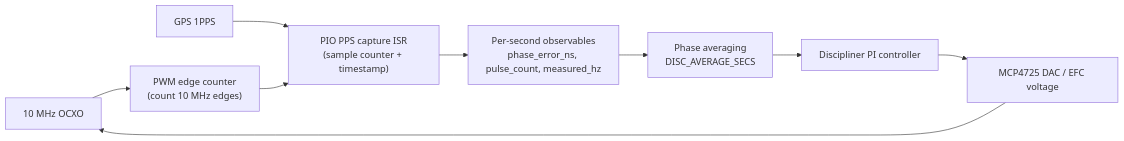
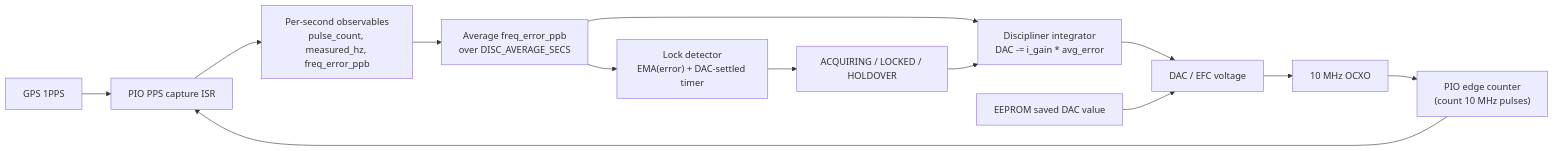
Before and after one commit to rszemeti/Twin-PLL-GPSDO: the diagram in REFERENCE_LOCKING_README.md, drawn with Mermaid. The commit also changed other lines of this file and 1 other file, not shown here.

````diff
--- a/REFERENCE_LOCKING_README.md
+++ b/REFERENCE_LOCKING_README.md
@@ -21,12 +24,18 @@
 ```mermaid
 flowchart LR
-	OCXO["10 MHz OCXO"] --> EDGE["PWM edge counter\n(count 10 MHz edges)"]
-	GPS["GPS 1PPS"] --> PPS["PIO PPS capture ISR\n(sample counter + timestamp)"]
+	GPS["GPS 1PPS"] --> PPS["PIO PPS capture ISR"]
+	OCXO["10 MHz OCXO"] --> EDGE["PIO edge counter\n(count 10 MHz pulses)"]
 	EDGE --> PPS
 
-	PPS --> OBS["Per-second observables\nphase_error_ns, pulse_count, measured_hz"]
-	OBS --> AVG["Phase averaging\nDISC_AVERAGE_SECS"]
-	AVG --> PI["Discipliner PI controller"]
-	PI --> DAC["MCP4725 DAC / EFC voltage"]
+	PPS --> OBS["Per-second observables\npulse_count, measured_hz, freq_error_ppb"]
+	OBS --> AVG["Average freq_error_ppb\nover DISC_AVERAGE_SECS"]
+	AVG --> INT["Discipliner integrator\nDAC -= i_gain * avg_error"]
+	INT --> DAC["DAC / EFC voltage"]
 	DAC --> OCXO
+
+	AVG --> LOCK["Lock detector\nEMA(error) + DAC-settled timer"]
+	LOCK --> STATE["ACQUIRING / LOCKED / HOLDOVER"]
+	STATE --> INT
+
+	EEPROM["EEPROM saved DAC value"] --> DAC
 ```
````
